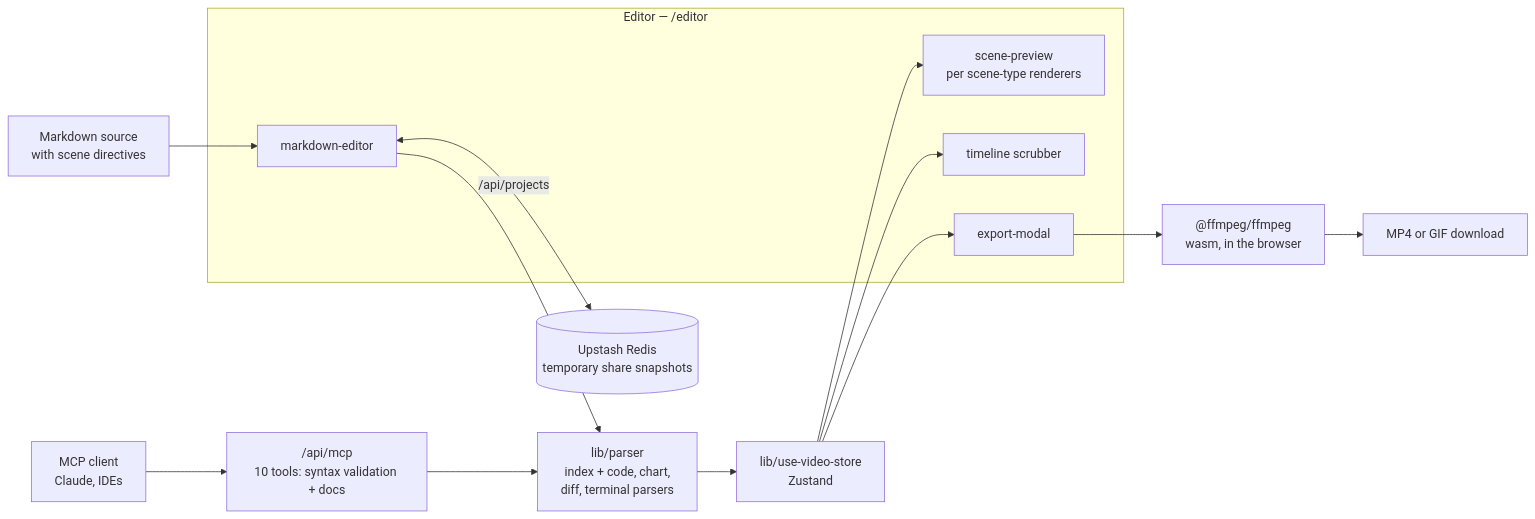
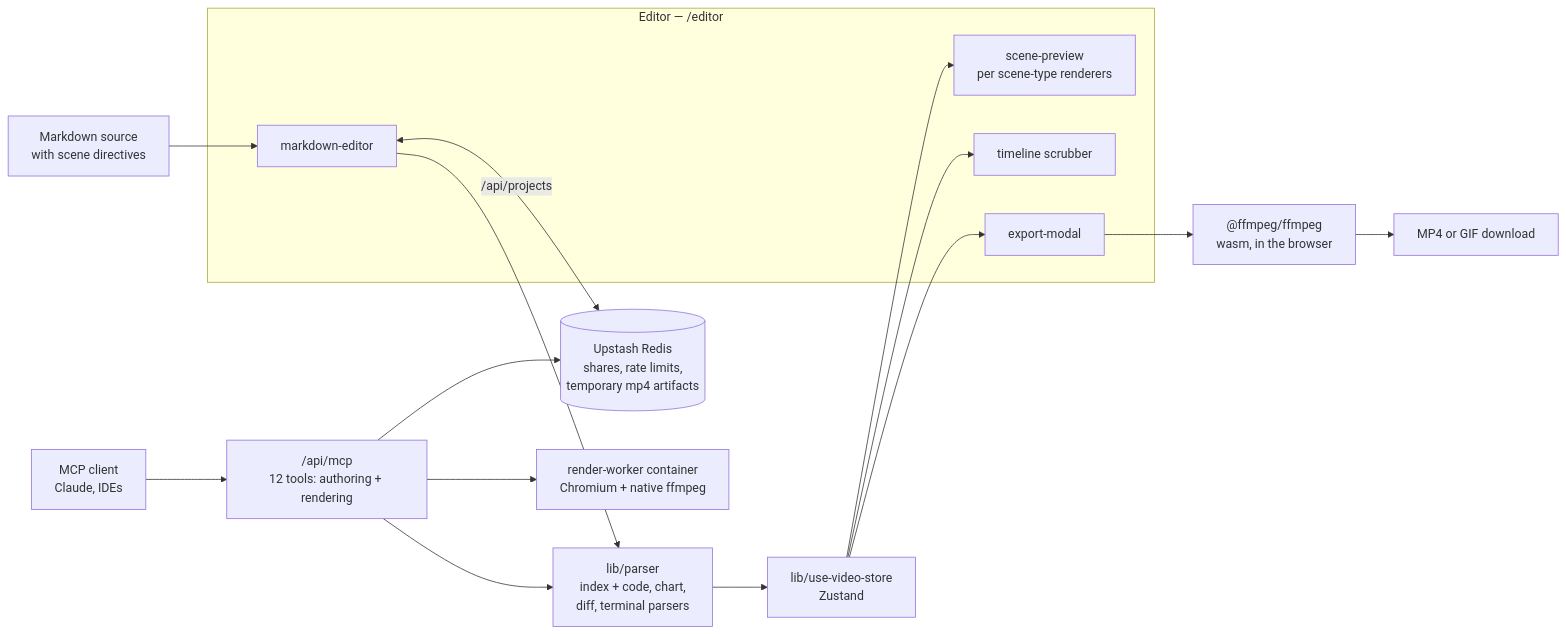
Before and after one commit to Avik-creator/markdown_video: the diagram in README.md, drawn with Mermaid. The commit also changed other lines of this file and 5 other files, not shown here.

First line of the commit message:
Document render worker deployment and MCP usage

````diff
--- a/README.md
+++ b/README.md
@@ -58,31 +58,34 @@
 ```mermaid
 flowchart LR
     MD["Markdown source<br/>with scene directives"]
     AGENT["MCP client<br/>Claude, IDEs"]
 
     subgraph EDITOR["Editor — /editor"]
         ED["markdown-editor"]
         PREV["scene-preview<br/>per scene-type renderers"]
         TL["timeline scrubber"]
         EXP["export-modal"]
     end
 
     PARSE["lib/parser<br/>index + code, chart,<br/>diff, terminal parsers"]
     STORE["lib/use-video-store<br/>Zustand"]
-    MCP["/api/mcp<br/>10 tools: syntax validation + docs"]
+    MCP["/api/mcp<br/>12 tools: authoring + rendering"]
     FF["@ffmpeg/ffmpeg<br/>wasm, in the browser"]
     MP4["MP4 or GIF download"]
-    REDIS[("Upstash Redis<br/>temporary share snapshots")]
+    REDIS[("Upstash Redis<br/>shares, rate limits,<br/>temporary mp4 artifacts")]
+    WORKER["render-worker container<br/>Chromium + native ffmpeg"]
 
     MD --> ED
     ED --> PARSE
     PARSE --> STORE
     STORE --> PREV
     STORE --> TL
     STORE --> EXP
     EXP --> FF
     FF --> MP4
     ED <-->|"/api/projects"| REDIS
     AGENT --> MCP
     MCP --> PARSE
+    MCP --> WORKER
+    MCP --> REDIS
 ```
````
